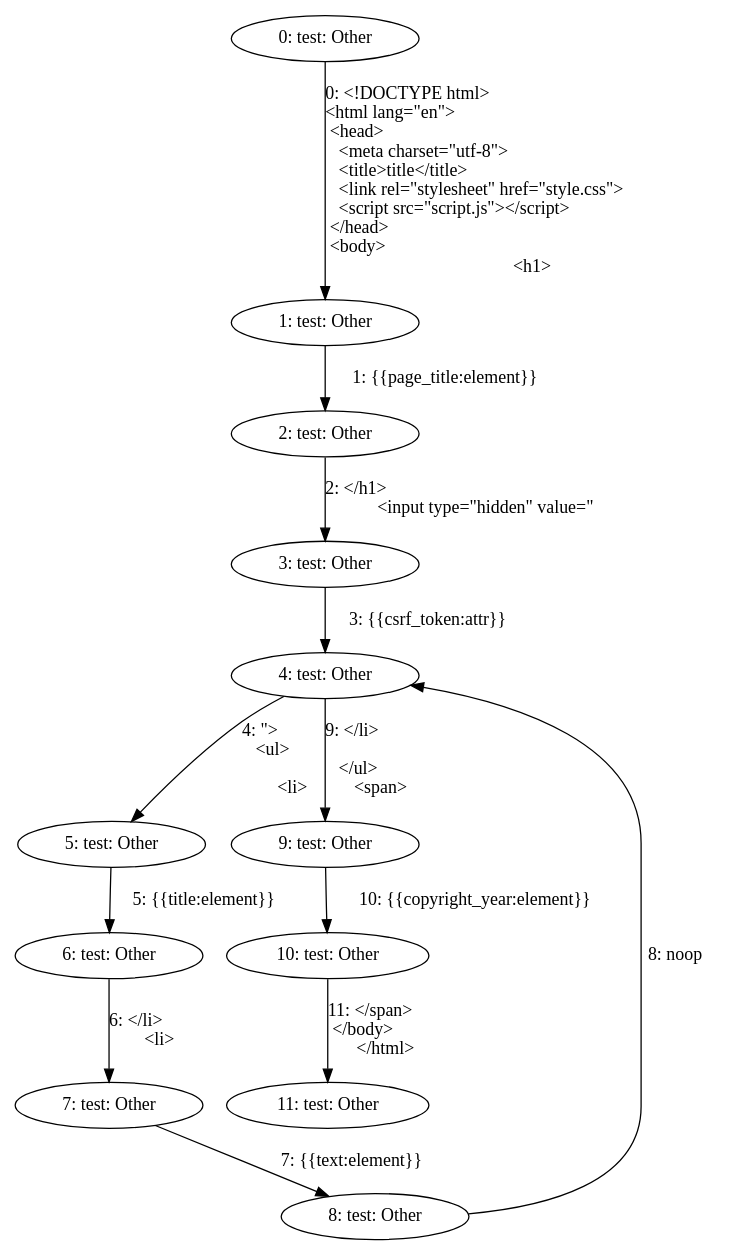
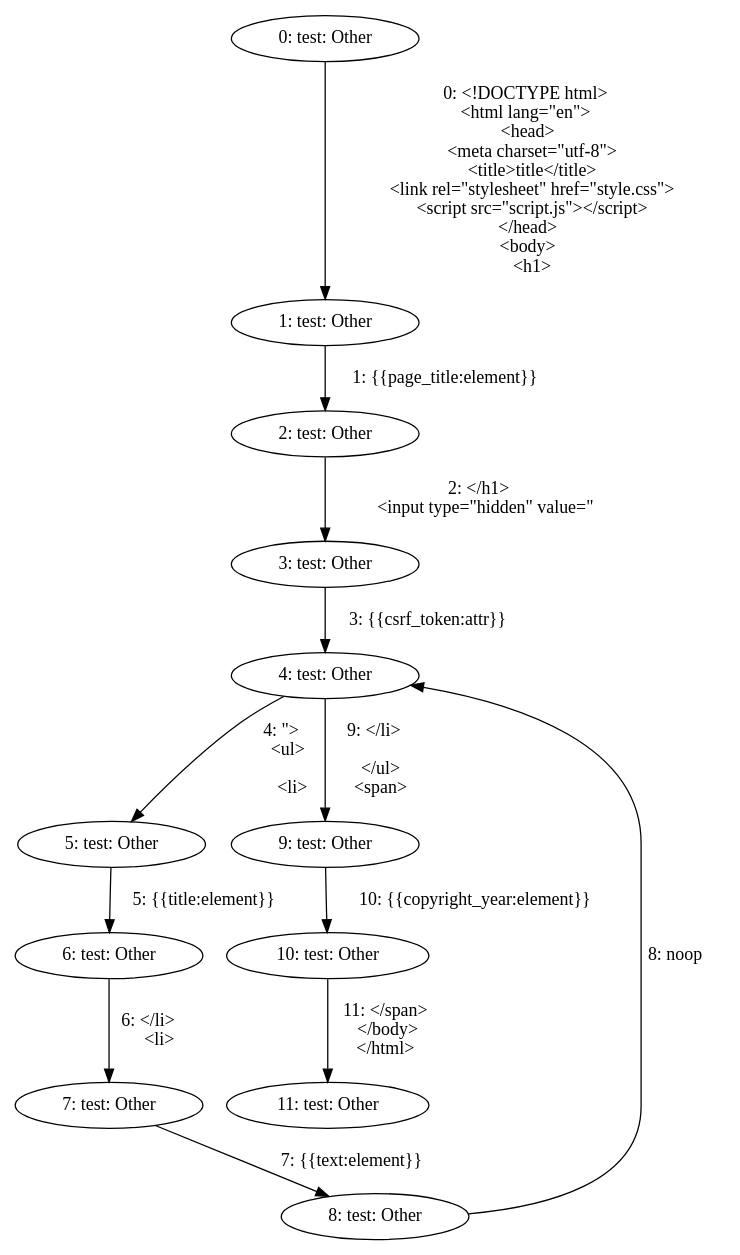
One commit to mohe2015/zero-cost-templating changed the diagram in zero-cost-templating/test.dot. Above: the diagram before and after it, drawn with Graphviz. The commit also changed 3 other files, not shown here.

Commit message:
nicer graph

```diff
--- a/zero-cost-templating/test.dot
+++ b/zero-cost-templating/test.dot
@@ -1,26 +1,45 @@
 digraph {
-    0 [ label = "0: test: Other" ]
-    1 [ label = "1: test: Other" ]
-    2 [ label = "2: test: Other" ]
-    3 [ label = "3: test: Other" ]
-    4 [ label = "4: test: Other" ]
-    5 [ label = "5: test: Other" ]
-    6 [ label = "6: test: Other" ]
-    7 [ label = "7: test: Other" ]
-    8 [ label = "8: test: Other" ]
-    9 [ label = "9: test: Other" ]
-    10 [ label = "10: test: Other" ]
-    11 [ label = "11: test: Other" ]
-    0 -> 1 [ label = "0: <!DOCTYPE html>\l<html lang=\"en\">\l  <head>\l    <meta charset=\"utf-8\">\l    <title>title</title>\l    <link rel=\"stylesheet\" href=\"style.css\">\l    <script src=\"script.js\"></script>\l  </head>\l  <body>\l    <h1>" ]
-    1 -> 2 [ label = "1: {{page_title:element}}" ]
-    2 -> 3 [ label = "2: </h1>\l    <input type=\"hidden\" value=\"" ]
-    3 -> 4 [ label = "3: {{csrf_token:attr}}" ]
-    4 -> 5 [ label = "4: \">\l    <ul>\l    \l      <li>" ]
-    5 -> 6 [ label = "5: {{title:element}}" ]
-    6 -> 7 [ label = "6: </li>\l      <li>" ]
-    7 -> 8 [ label = "7: {{text:element}}" ]
-    8 -> 4 [ label = "8: noop" ]
-    4 -> 9 [ label = "9: </li>\l    \l    </ul>\l    <span>" ]
-    9 -> 10 [ label = "10: {{copyright_year:element}}" ]
-    10 -> 11 [ label = "11: </span>\l  </body>\l</html>" ]
+    0 [ label = "0: test: Other"]
+    1 [ label = "1: test: Other"]
+    2 [ label = "2: test: Other"]
+    3 [ label = "3: test: Other"]
+    4 [ label = "4: test: Other"]
+    5 [ label = "5: test: Other"]
+    6 [ label = "6: test: Other"]
+    7 [ label = "7: test: Other"]
+    8 [ label = "8: test: Other"]
+    9 [ label = "9: test: Other"]
+    10 [ label = "10: test: Other"]
+    11 [ label = "11: test: Other"]
+    0 -> 1 [ label = "0: <!DOCTYPE html>
+<html lang=\"en\">
+  <head>
+    <meta charset=\"utf-8\">
+    <title>title</title>
+    <link rel=\"stylesheet\" href=\"style.css\">
+    <script src=\"script.js\"></script>
+  </head>
+  <body>
+    <h1>"]
+    1 -> 2 [ label = "1: {{page_title:element}}"]
+    2 -> 3 [ label = "2: </h1>
+    <input type=\"hidden\" value=\""]
+    3 -> 4 [ label = "3: {{csrf_token:attr}}"]
+    4 -> 5 [ label = "4: \">
+    <ul>
+    
+      <li>"]
+    5 -> 6 [ label = "5: {{title:element}}"]
+    6 -> 7 [ label = "6: </li>
+      <li>"]
+    7 -> 8 [ label = "7: {{text:element}}"]
+    8 -> 4 [ label = "8: noop"]
+    4 -> 9 [ label = "9: </li>
+    
+    </ul>
+    <span>"]
+    9 -> 10 [ label = "10: {{copyright_year:element}}"]
+    10 -> 11 [ label = "11: </span>
+  </body>
+</html>"]
 }
```
